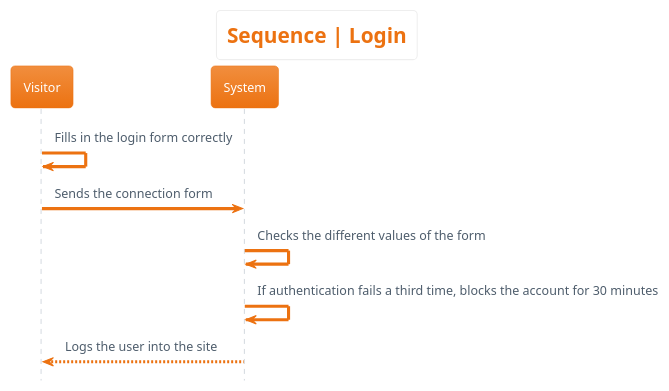
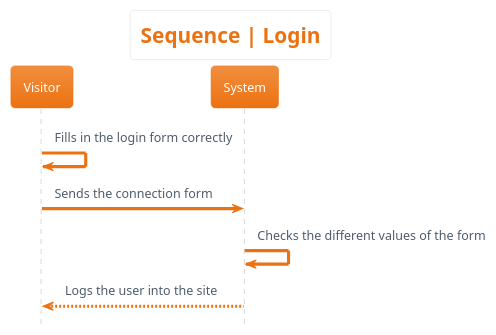
One commit to sebastien-d-me/SebBlog changed the diagram in 1_project_design/uml_diagrams/sequence/members/login/login.plantuml. Above: the diagram before and after it, drawn with PlantUML. The commit also changed 59 other files, not shown here.

First line of the commit message:
📝 Update the diagrams

```diff
--- a/1_project_design/uml_diagrams/sequence/members/login/login.plantuml
+++ b/1_project_design/uml_diagrams/sequence/members/login/login.plantuml
@@ -1,16 +1,15 @@
 @startuml sequence__login
 hide footbox
 skinparam actorStyle awesome
 !theme aws-orange
 skinparam backgroundcolor White
 
 'Titre'
 title Sequence | Login
 
 'Déroulement'
 Visitor -> Visitor: Fills in the login form correctly
 Visitor -> System: Sends the connection form
 System -> System: Checks the different values of the form
-System -> System: If authentication fails a third time, blocks the account for 30 minutes
 System --> Visitor: Logs the user into the site
 @enduml
```
